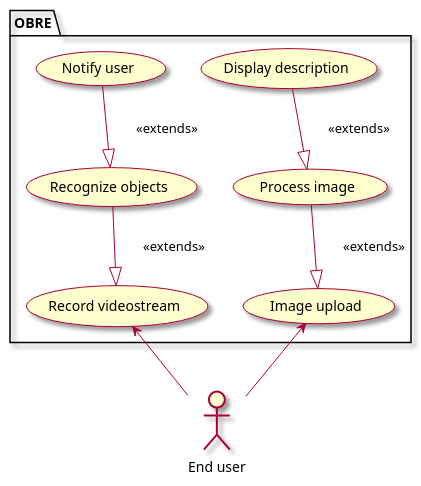
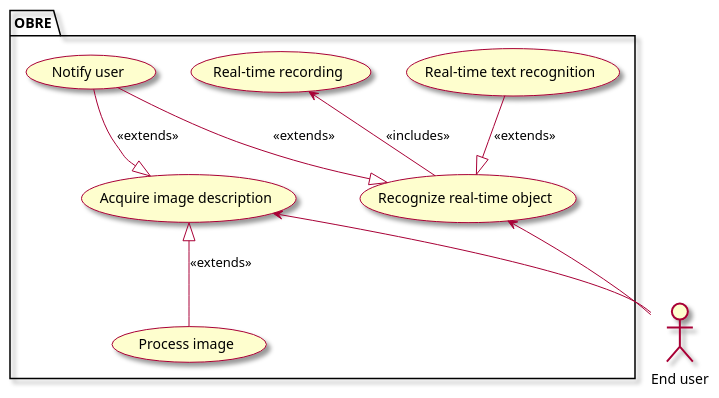
The diagram in intellij/doc/vision.md (tonyh1306/OBRE-Vision-through-a-screen), drawn with PlantUML before and after one commit. The commit also changed 3 other files, not shown here.

Commit message:
Updates Vision doc on Real-time Video Object Recognition and Image Description

````diff
--- a/intellij/doc/vision.md
+++ b/intellij/doc/vision.md
@@ -29,28 +29,28 @@
 ```plantuml
 @startuml
 skin rose
 
 ' human actors
 actor "End user" as user
 
 ' list all use cases in package
-package OBRE{
-    usecase "Record videostream" as camera
-    usecase "Recognize objects" as obre
+package OBRE {
+    usecase "Recognize real-time object" as obre
     usecase "Notify user" as tts
-    usecase "Image upload" as image
     usecase "Process image" as process
-    usecase "Display description" as describe 
+    usecase "Acquire image description" as describe 
+    usecase "Real-time recording" as record
+    usecase "Real-time text recognition" as videotext
 }
 
 ' list relationships between actors and use cases
-user --> camera
-obre --|> camera : \t<<extends>>\t
+user --> obre
 tts --|> obre : \t<<extends>>\t
+record <-- obre : <<includes>>
+videotext --|> obre : <<extends>>
 
-image <-- user
-process --|> image : \t<<extends>>\t
-describe --|> process : \t<<extends>>\t
-
+describe <-- user
+describe <|-- process : <<extends>>
+tts --|> describe : <<extends>>
 @enduml
 ```
````
